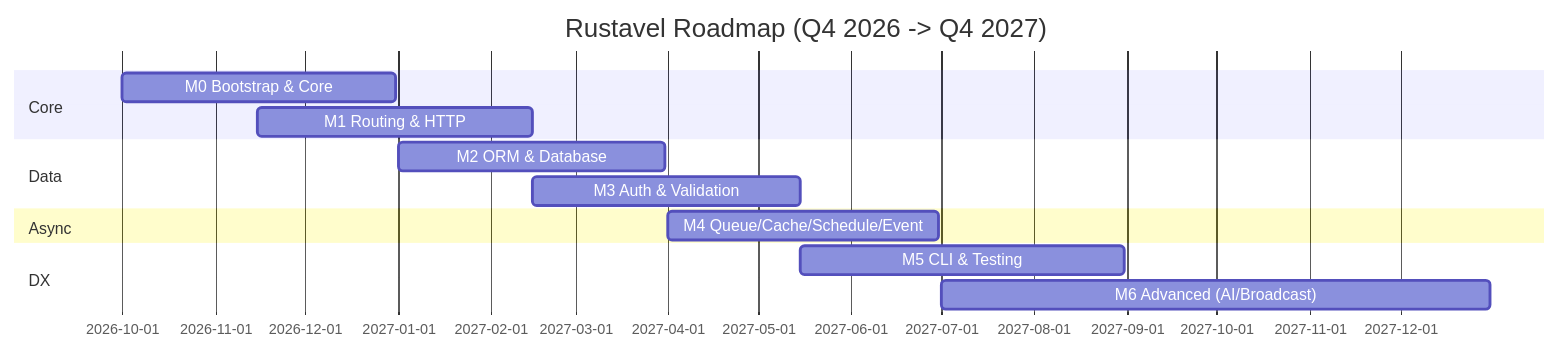
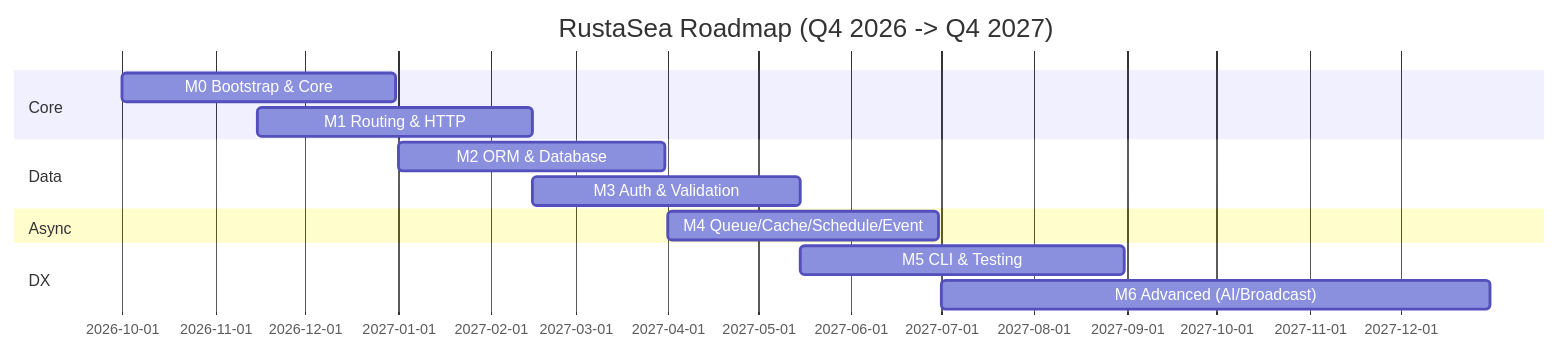
Before and after one commit to rustasea/rustasea: the first of 2 diagrams in .agents/documents/application/presentation-brief.md, drawn with Mermaid. The commit also changed other lines of this file and 405 other files, not shown here.

First line of the commit message:
refactor: rebrand Rustavel → RustaSea

````diff
--- a/.agents/documents/application/presentation-brief.md
+++ b/.agents/documents/application/presentation-brief.md
@@ -166,16 +166,16 @@
 ```mermaid
 gantt
-    title Rustavel Roadmap (Q4 2026 -> Q4 2027)
+    title RustaSea Roadmap (Q4 2026 -> Q4 2027)
     dateFormat YYYY-MM-DD
     section Core
     M0 Bootstrap & Core          :m0, 2026-10-01, 2026-12-31
     M1 Routing & HTTP            :m1, 2026-11-15, 2027-02-15
     section Data
     M2 ORM & Database            :m2, 2027-01-01, 2027-03-31
     M3 Auth & Validation         :m3, 2027-02-15, 2027-05-15
     section Async
     M4 Queue/Cache/Schedule/Event :m4, 2027-04-01, 2027-06-30
     section DX
     M5 CLI & Testing             :m5, 2027-05-15, 2027-08-31
     M6 Advanced (AI/Broadcast)   :m6, 2027-07-01, 2027-12-31
 ```
````
